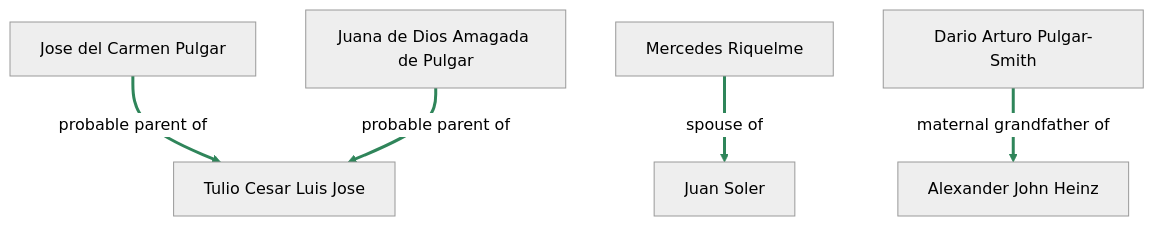
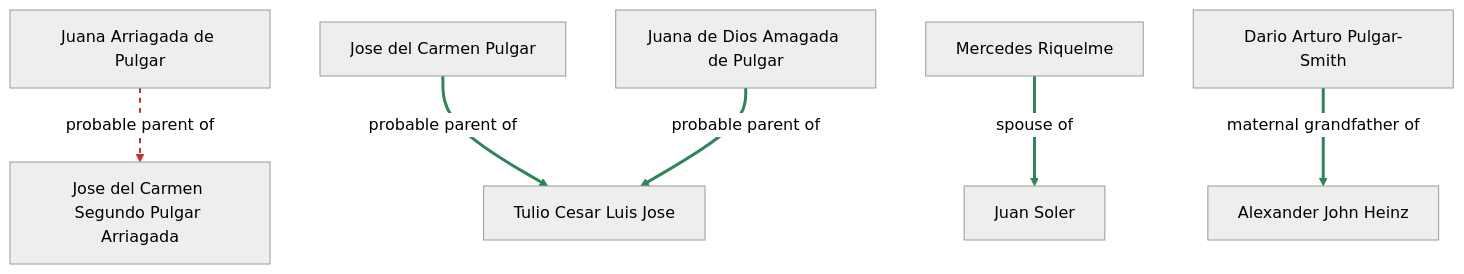
Before and after one commit to AJHKetchup/Genealogy-: the diagram in wiki/Family Tree.md, drawn with Mermaid (neutral theme). The commit also changed 164 other files, not shown here.

````diff
--- a/wiki/Family Tree.md
+++ b/wiki/Family Tree.md
@@ -9,11 +9,13 @@
 ```mermaid
 flowchart TD
+  n_people_juana_arriagada_de_pulgar["Juana Arriagada de Pulgar"] -->|probable parent of| n_people_jose_del_carmen_segundo_pulgar_arriagada["Jose del Carmen Segundo Pulgar Arriagada"]
   n_people_jose_del_carmen_pulgar["Jose del Carmen Pulgar"] -->|probable parent of| n_people_tulio_cesar_luis_jose["Tulio Cesar Luis Jose"]
   n_people_juana_de_dios_amagada_de_pulgar["Juana de Dios Amagada de Pulgar"] -->|probable parent of| n_people_tulio_cesar_luis_jose["Tulio Cesar Luis Jose"]
   n_people_mercedes_riquelme["Mercedes Riquelme"] -->|spouse of| n_people_juan_soler["Juan Soler"]
   n_people_dario_arturo_pulgar_smith["Dario Arturo Pulgar-Smith"] -->|maternal grandfather of| n_people_alexander_john_heinz["Alexander John Heinz"]
-  linkStyle 0 stroke:#2f855a,stroke-width:3px;
+  linkStyle 0 stroke:#c53030,stroke-width:2px,stroke-dasharray: 5 5;
   linkStyle 1 stroke:#2f855a,stroke-width:3px;
   linkStyle 2 stroke:#2f855a,stroke-width:3px;
   linkStyle 3 stroke:#2f855a,stroke-width:3px;
+  linkStyle 4 stroke:#2f855a,stroke-width:3px;
 ```
````
